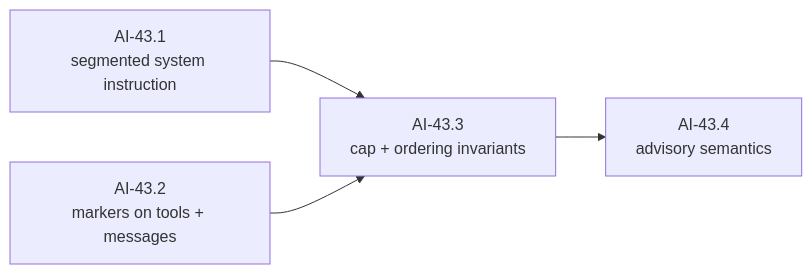
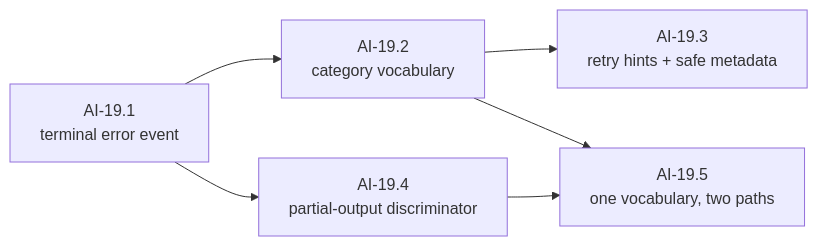
One commit to witsaba/cachicamas changed diagram 12 of 29 in docs/architecture/milestones/0002-cachicamas-ai-layer-1-task-graph.md. Above: the diagram before and after it, drawn with Mermaid. The commit also changed other lines of this file, not shown here.

First line of the commit message:
docs: rewrite Layer 1 task graph as a from-zero plan (AI-00 … AI-40)

````diff
--- a/docs/architecture/milestones/0002-cachicamas-ai-layer-1-task-graph.md
+++ b/docs/architecture/milestones/0002-cachicamas-ai-layer-1-task-graph.md
@@ -823,6 +1038,8 @@
 ```mermaid
 flowchart LR
-    J1["AI-43.1<br/>segmented system instruction"] --> J3["AI-43.3<br/>cap + ordering invariants"]
-    J2["AI-43.2<br/>markers on tools + messages"] --> J3
-    J3 --> J4["AI-43.4<br/>advisory semantics"]
+    N1["AI-19.1<br/>terminal error event"] --> N2["AI-19.2<br/>category vocabulary"]
+    N2 --> N3["AI-19.3<br/>retry hints + safe metadata"]
+    N1 --> N4["AI-19.4<br/>partial-output discriminator"]
+    N2 --> N5["AI-19.5<br/>one vocabulary, two paths"]
+    N4 --> N5
 ```
````
